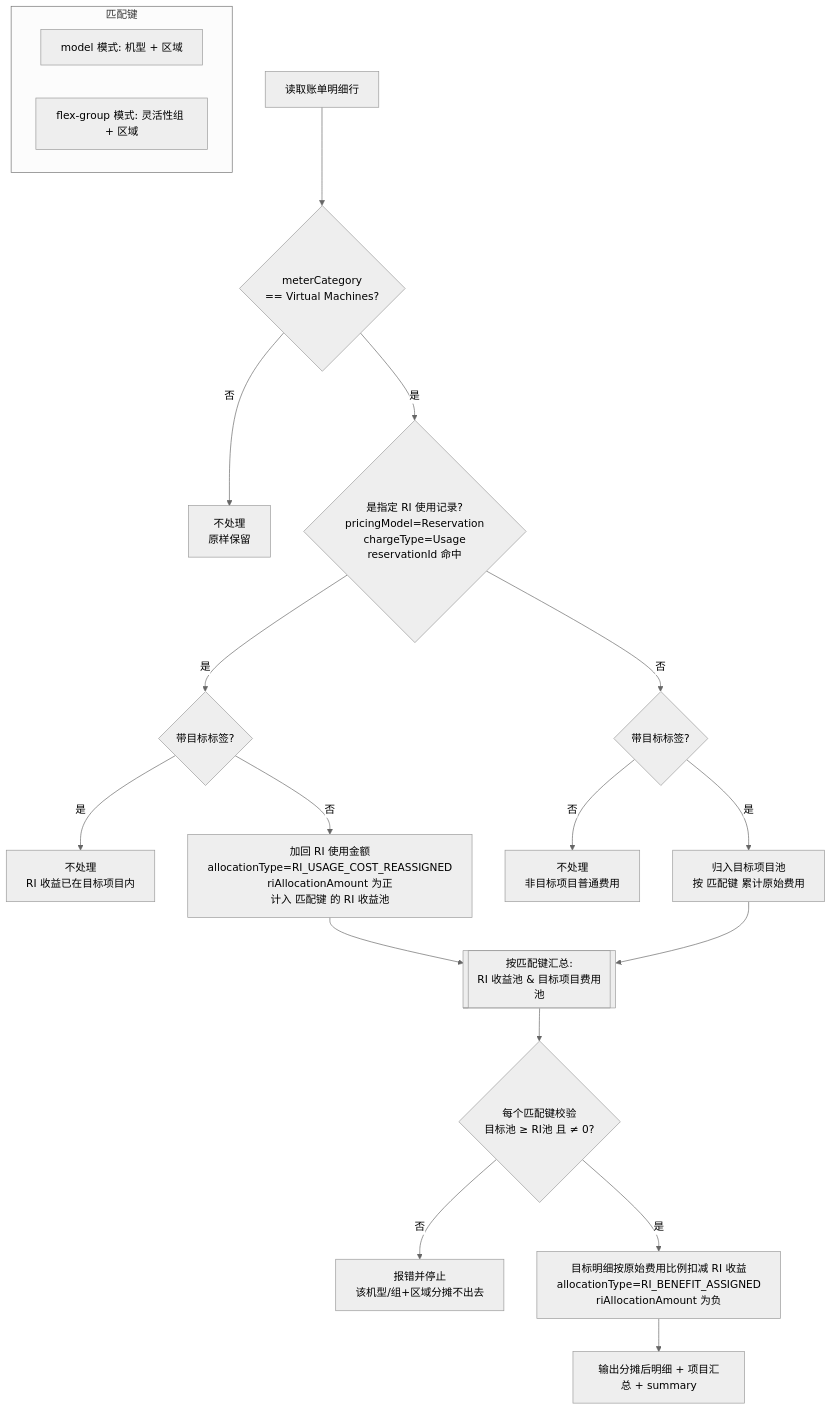
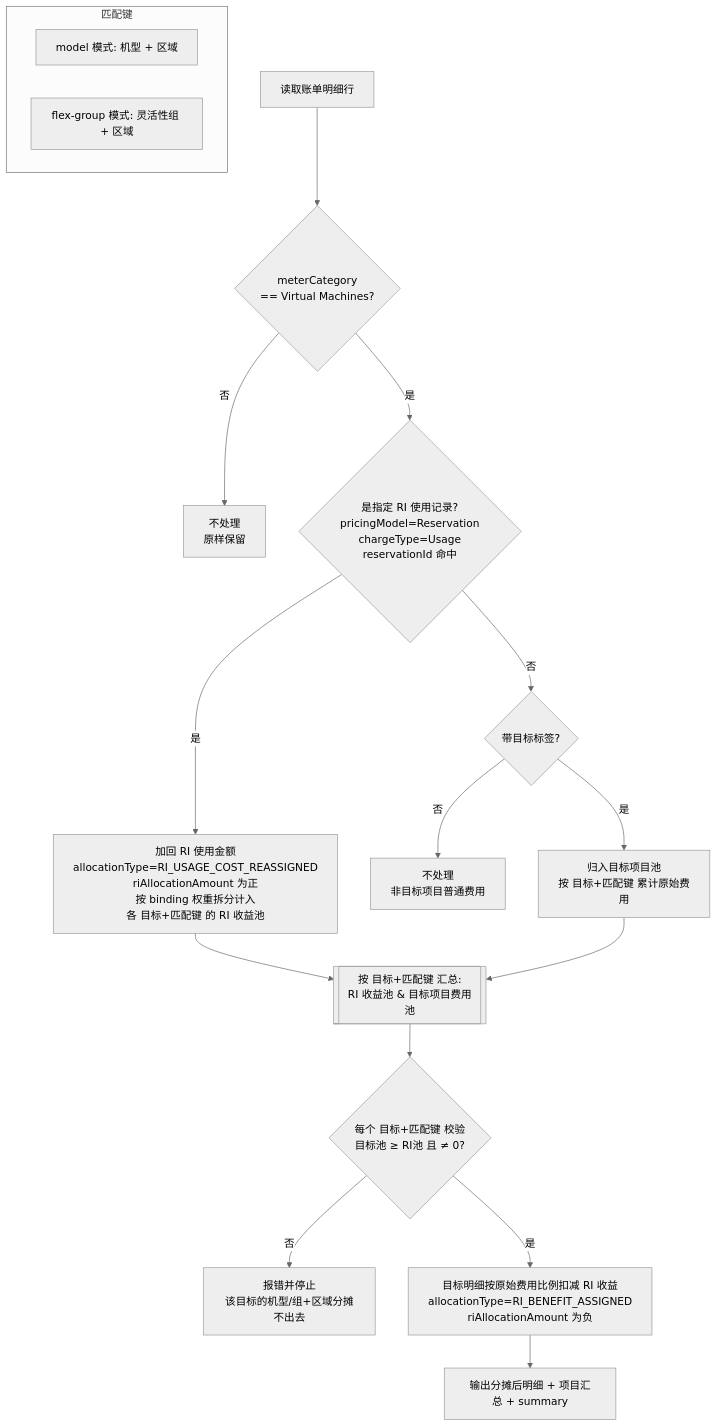
The diagram in ri-reallocation/RI费用分摊说明.md (lprincewhn/azureops), drawn with Mermaid (neutral theme) before and after one commit. The commit also changed other lines of this file, not shown here.

````diff
--- a/ri-reallocation/RI费用分摊说明.md
+++ b/ri-reallocation/RI费用分摊说明.md
@@ -66,27 +66,25 @@
 ```mermaid
 flowchart TD
     A[读取账单明细行] --> B{meterCategory<br/>== Virtual Machines?}
     B -- 否 --> Z[不处理<br/>原样保留]
     B -- 是 --> C{是指定 RI 使用记录?<br/>pricingModel=Reservation<br/>chargeType=Usage<br/>reservationId 命中}
 
-    C -- 是 --> D{带目标标签?}
-    D -- 是 --> Z2[不处理<br/>RI 收益已在目标项目内]
-    D -- 否 --> E[加回 RI 使用金额<br/>allocationType=RI_USAGE_COST_REASSIGNED<br/>riAllocationAmount 为正<br/>计入 匹配键 的 RI 收益池]
+    C -- 是 --> E[加回 RI 使用金额<br/>allocationType=RI_USAGE_COST_REASSIGNED<br/>riAllocationAmount 为正<br/>按 binding 权重拆分计入<br/>各 目标+匹配键 的 RI 收益池]
 
     C -- 否 --> F{带目标标签?}
     F -- 否 --> Z3[不处理<br/>非目标项目普通费用]
-    F -- 是 --> G[归入目标项目池<br/>按 匹配键 累计原始费用]
+    F -- 是 --> G[归入目标项目池<br/>按 目标+匹配键 累计原始费用]
 
-    E --> H[[按匹配键汇总:<br/>RI 收益池 & 目标项目费用池]]
+    E --> H[[按 目标+匹配键 汇总:<br/>RI 收益池 & 目标项目费用池]]
     G --> H
-    H --> I{每个匹配键校验<br/>目标池 ≥ RI池 且 ≠ 0?}
-    I -- 否 --> X[报错并停止<br/>该机型/组+区域分摊不出去]
+    H --> I{每个 目标+匹配键 校验<br/>目标池 ≥ RI池 且 ≠ 0?}
+    I -- 否 --> X[报错并停止<br/>该目标的机型/组+区域分摊不出去]
     I -- 是 --> J[目标明细按原始费用比例扣减 RI 收益<br/>allocationType=RI_BENEFIT_ASSIGNED<br/>riAllocationAmount 为负]
     J --> K[输出分摊后明细 + 项目汇总 + summary]
 
     subgraph K1[匹配键]
       direction LR
       M1["model 模式: 机型 + 区域"]
       M2["flex-group 模式: 灵活性组 + 区域"]
     end
 ```
````
